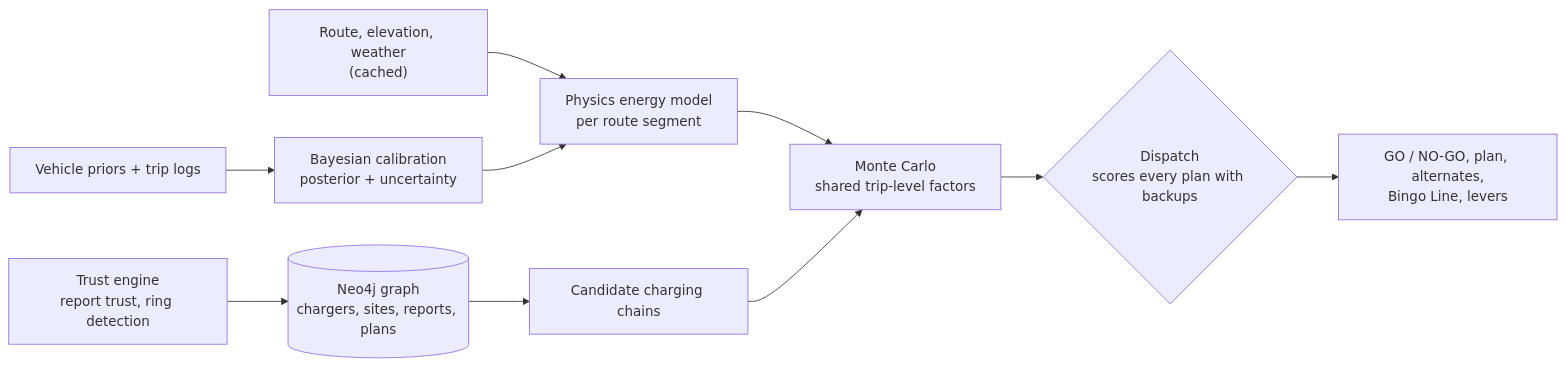
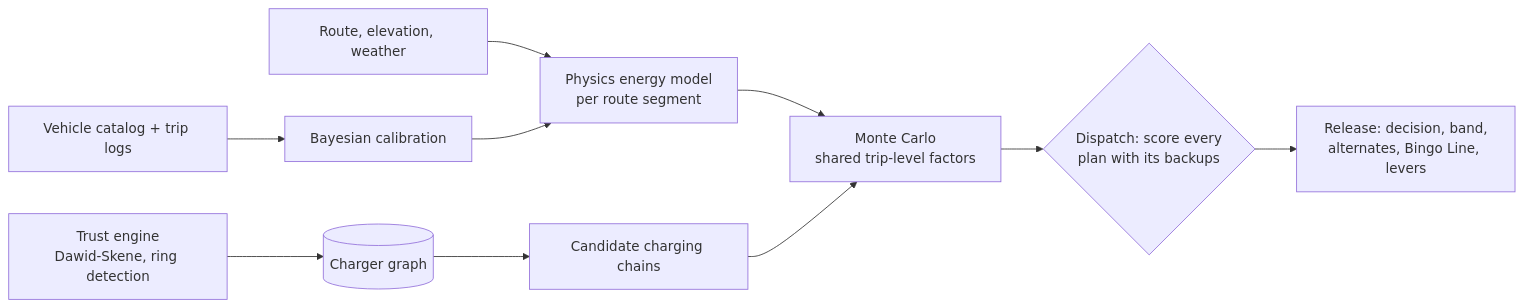
One commit to Ansh-Goyal01/verity changed the second of 2 diagrams in README.md. Above: the diagram before and after it, drawn with Mermaid. The commit also changed other lines of this file, not shown here.

Commit message:
Rewrite README: overview, evaluation, architecture, setup

````diff
--- a/README.md
+++ b/README.md
@@ -60,12 +168,12 @@
 ```mermaid
 flowchart LR
-    R["Route, elevation, weather<br/>(cached)"] --> P["Physics energy model<br/>per route segment"]
-    V["Vehicle priors + trip logs"] --> C["Bayesian calibration<br/>posterior + uncertainty"]
+    R["Route, elevation, weather"] --> P["Physics energy model<br/>per route segment"]
+    V["Vehicle catalog + trip logs"] --> C["Bayesian calibration"]
     C --> P
     P --> M["Monte Carlo<br/>shared trip-level factors"]
-    T["Trust engine<br/>report trust, ring detection"] --> G[("Neo4j graph<br/>chargers, sites, reports, plans")]
+    T["Trust engine<br/>Dawid-Skene, ring detection"] --> G[("Charger graph")]
     G --> K["Candidate charging chains"]
     K --> M
-    M --> D{"Dispatch<br/>scores every plan with backups"}
-    D --> O["GO / NO-GO, plan, alternates,<br/>Bingo Line, levers"]
+    M --> D{"Dispatch: score every<br/>plan with its backups"}
+    D --> O["Release: decision, band,<br/>alternates, Bingo Line, levers"]
 ```
````
